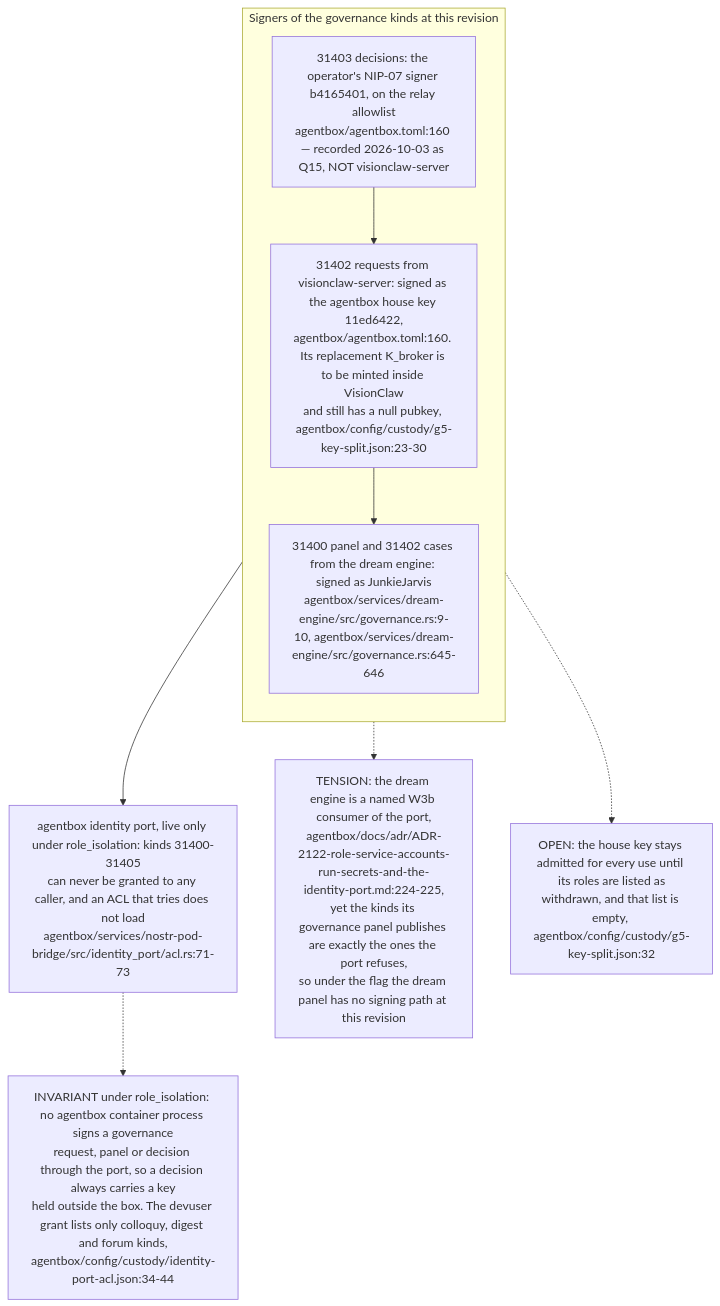
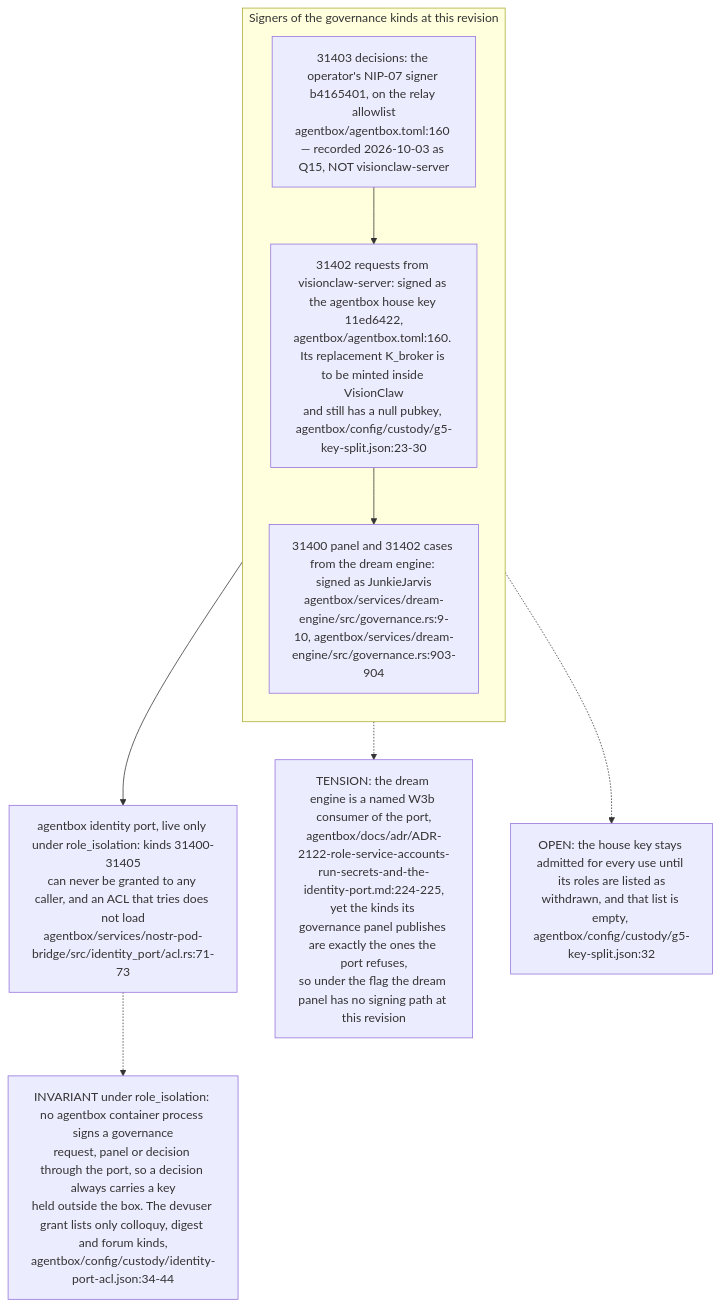
Before and after one commit to DreamLab-AI/VisionFlow: diagram 11 of 11 in docs/diagrams/estate/05-governance-loop-across-estate.md, drawn with Mermaid. The commit also changed other lines of this file and 80 other files, not shown here.

First line of the commit message:
docs(diagrams): re-verify the agentbox, dreamlab, estate and visionflow corpus against current sources

````diff
--- a/docs/diagrams/estate/05-governance-loop-across-estate.md
+++ b/docs/diagrams/estate/05-governance-loop-across-estate.md
@@ -353,15 +353,15 @@
 ```mermaid
 flowchart TB
     subgraph SIGNERS["Signers of the governance kinds at this revision"]
         direction TB
         DEC["31403 decisions: the operator's NIP-07 signer b4165401, on the relay allowlist<br/>agentbox/agentbox.toml:160 — recorded 2026-10-03 as Q15, NOT visionclaw-server"]
         VCS["31402 requests from visionclaw-server: signed as the agentbox house key 11ed6422,<br/>agentbox/agentbox.toml:160. Its replacement K_broker is to be minted inside VisionClaw<br/>and still has a null pubkey, agentbox/config/custody/g5-key-split.json:23-30"]
-        JJ["31400 panel and 31402 cases from the dream engine: signed as JunkieJarvis<br/>agentbox/services/dream-engine/src/governance.rs:9-10, agentbox/services/dream-engine/src/governance.rs:645-646"]
+        JJ["31400 panel and 31402 cases from the dream engine: signed as JunkieJarvis<br/>agentbox/services/dream-engine/src/governance.rs:9-10, agentbox/services/dream-engine/src/governance.rs:903-904"]
         DEC --> VCS --> JJ
     end
     PORT["agentbox identity port, live only under role_isolation: kinds 31400-31405<br/>can never be granted to any caller, and an ACL that tries does not load<br/>agentbox/services/nostr-pod-bridge/src/identity_port/acl.rs:71-73"]
     SIGNERS --> PORT
     PORT -.-> INV["INVARIANT under role_isolation: no agentbox container process signs a governance<br/>request, panel or decision through the port, so a decision always carries a key<br/>held outside the box. The devuser grant lists only colloquy, digest and forum kinds,<br/>agentbox/config/custody/identity-port-acl.json:34-44"]
     JJ -.-> TEN["TENSION: the dream engine is a named W3b consumer of the port,<br/>agentbox/docs/adr/ADR-2122-role-service-accounts-run-secrets-and-the-identity-port.md:224-225,<br/>yet the kinds its governance panel publishes are exactly the ones the port refuses,<br/>so under the flag the dream panel has no signing path at this revision"]
     VCS -.-> OPN["OPEN: the house key stays admitted for every use until its roles are listed as<br/>withdrawn, and that list is empty, agentbox/config/custody/g5-key-split.json:32"]
 ```
````
